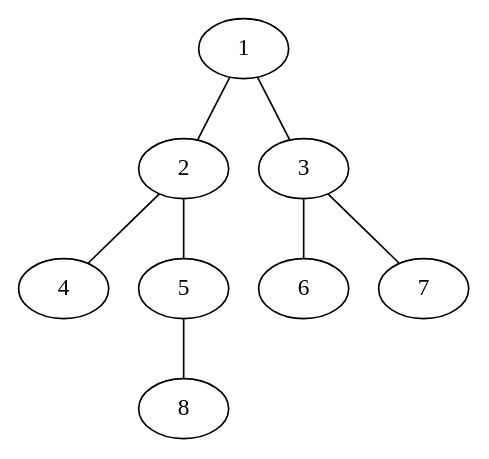
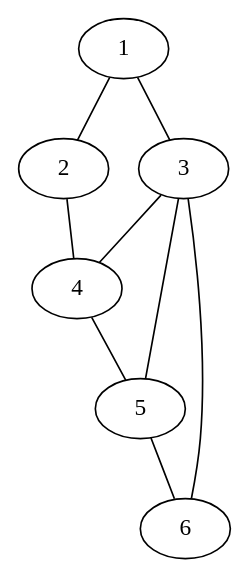
Before and after one commit to thiagodnf/algoritmos-para-grafos-em-c-plus-plus: the diagram in out/example.dot, drawn with Graphviz. The commit also changed 2 other files, not shown here.

```diff
--- a/out/example.dot
+++ b/out/example.dot
@@ -1,16 +1,17 @@
 digraph{
-	1;2;3;4;5;6;7;8;
+	1;2;3;4;5;6;
 	subgraph dig {
 		edge [dir=none, color=black]
 1->2;
 1->3;
 2->4;
-2->5;
+3->4;
+3->5;
 3->6;
-3->7;
-5->8;
+4->5;
+5->6;
 	}
 
 	subgraph g {
 		}
 }
```
